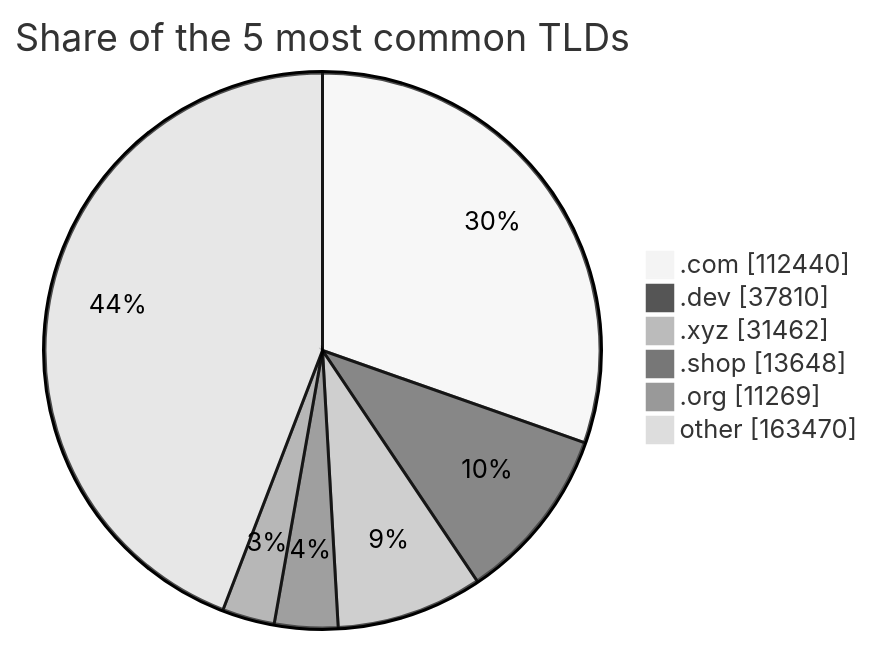
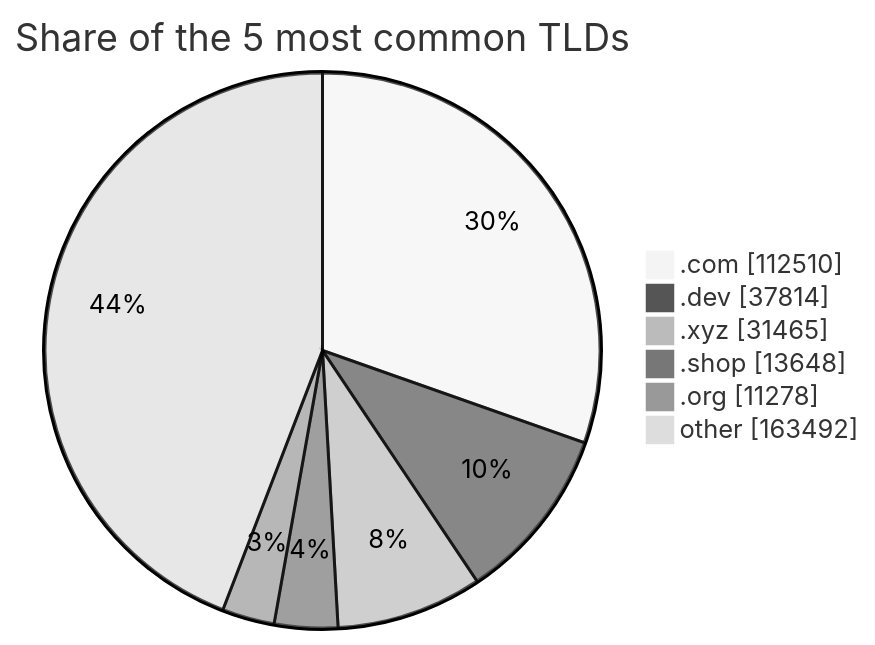
One commit to DNSBunker/CTI changed the third of 3 diagrams in README.md. Above: the diagram before and after it, drawn with Mermaid (neutral theme). The commit also changed other lines of this file and 3 other files, not shown here.

````diff
--- a/README.md
+++ b/README.md
@@ -81,9 +81,9 @@
 ```mermaid
 pie showData title Share of the 5 most common TLDs
-    ".com" : 112440
-    ".dev" : 37810
-    ".xyz" : 31462
+    ".com" : 112510
+    ".dev" : 37814
+    ".xyz" : 31465
     ".shop" : 13648
-    ".org" : 11269
-    "other" : 163470
+    ".org" : 11278
+    "other" : 163492
 ```
````
